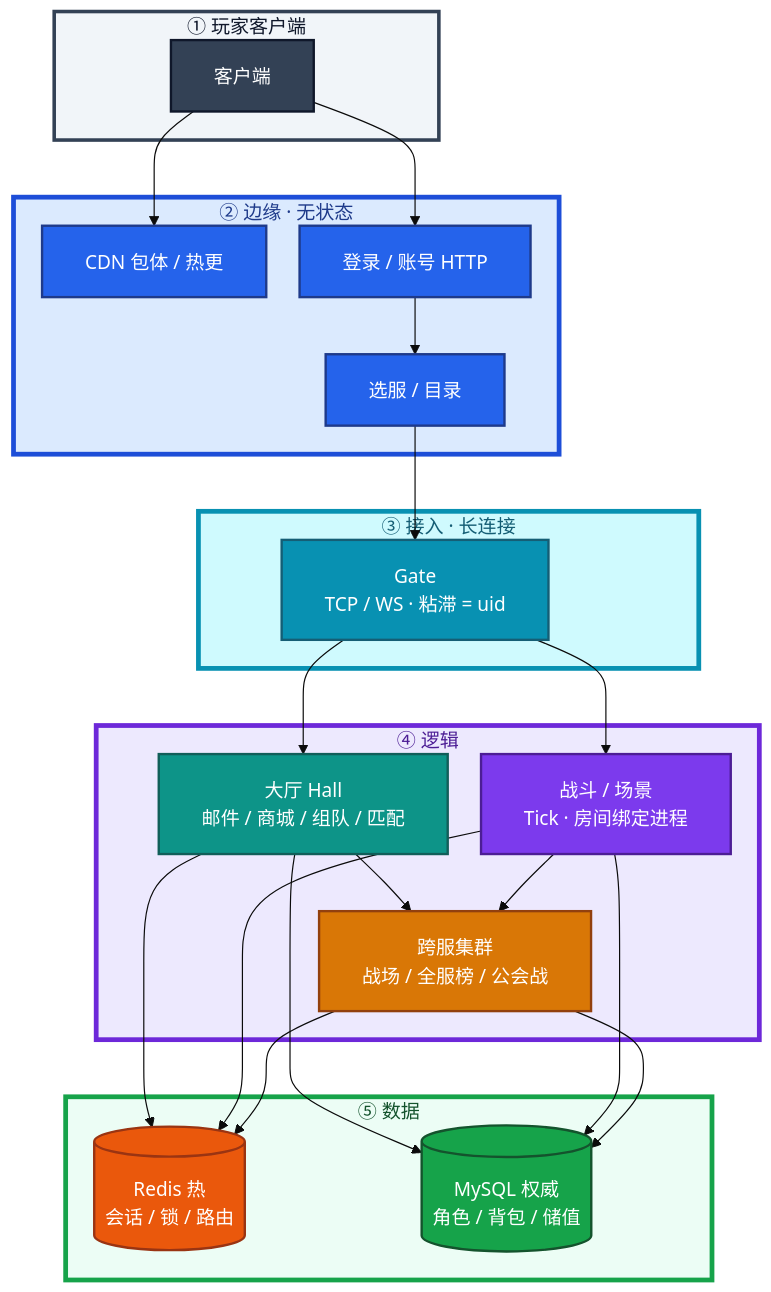
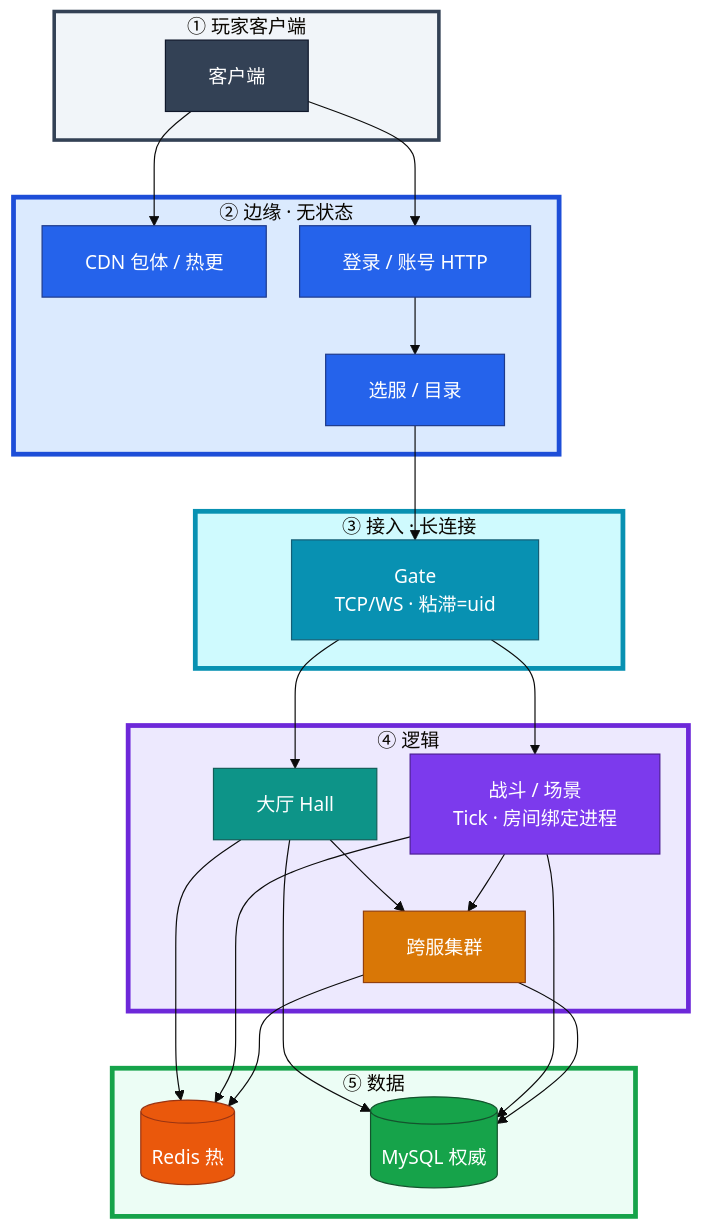
Before and after one commit to ml-cuizijun/LearnToLilith: the second of 5 diagrams in 08-游戏运维专题/01-游戏服务器架构/知识点.md, drawn with Mermaid. The commit also changed other lines of this file and 213 other files, not shown here.

````diff
--- a/08-游戏运维专题/01-游戏服务器架构/知识点.md
+++ b/08-游戏运维专题/01-游戏服务器架构/知识点.md
@@ -86,65 +63,46 @@
 ```mermaid
 %%{init: {"flowchart": {"padding": 18, "nodeSpacing": 28, "rankSpacing": 48}, "theme": "base"}}%%
 flowchart TB
     subgraph client ["① 玩家客户端"]
         p[客户端]
     end
-
     subgraph edge ["② 边缘 · 无状态"]
         cdn[CDN 包体 / 热更]
         login[登录 / 账号 HTTP]
         dir[选服 / 目录]
-        p --> cdn
-        p --> login
+        p --> cdn & login
         login --> dir
     end
-
     subgraph gateL ["③ 接入 · 长连接"]
-        gate["Gate<br/>TCP / WS · 粘滞 = uid"]
+        gate["Gate<br/>TCP/WS · 粘滞=uid"]
         dir --> gate
     end
-
     subgraph logic ["④ 逻辑"]
-        hall["大厅 Hall<br/>邮件 / 商城 / 组队 / 匹配"]
+        hall["大厅 Hall"]
         battle["战斗 / 场景<br/>Tick · 房间绑定进程"]
-        xserver["跨服集群<br/>战场 / 全服榜 / 公会战"]
-        gate --> hall
-        gate --> battle
-        hall --> xserver
-        battle --> xserver
+        xserver["跨服集群"]
+        gate --> hall & battle
+        hall & battle --> xserver
     end
-
     subgraph data ["⑤ 数据"]
-        redis[("Redis 热<br/>会话 / 锁 / 路由")]
-        mysql[("MySQL 权威<br/>角色 / 背包 / 储值")]
-        hall --> redis
-        hall --> mysql
-        battle --> redis
-        battle --> mysql
-        xserver --> redis
-        xserver --> mysql
+        redis[("Redis 热")]
+        mysql[("MySQL 权威")]
+        hall & battle & xserver --> redis & mysql
     end
-
-    classDef client fill:#334155,stroke:#0F172A,stroke-width:2px,color:#fff
-    classDef edge fill:#2563EB,stroke:#1E3A8A,stroke-width:2px,color:#fff
-    classDef gatec fill:#0891B2,stroke:#155E75,stroke-width:2px,color:#fff
-    classDef hallc fill:#0D9488,stroke:#115E59,stroke-width:2px,color:#fff
-    classDef battlec fill:#7C3AED,stroke:#4C1D95,stroke-width:2px,color:#fff
-    classDef xc fill:#D97706,stroke:#92400E,stroke-width:2px,color:#fff
-    classDef redisc fill:#EA580C,stroke:#9A3412,stroke-width:2px,color:#fff
-    classDef mysqlc fill:#16A34A,stroke:#14532D,stroke-width:2px,color:#fff
-    class p client
-    class cdn,login,dir edge
-    class gate gatec
-    class hall hallc
-    class battle battlec
-    class xserver xc
-    class redis redisc
-    class mysql mysqlc
-
-    style client fill:#F1F5F9,stroke:#334155,stroke-width:3px,color:#0F172A
-    style edge fill:#DBEAFE,stroke:#1D4ED8,stroke-width:4px,color:#1E3A8A
-    style gateL fill:#CFFAFE,stroke:#0891B2,stroke-width:4px,color:#155E75
-    style logic fill:#EDE9FE,stroke:#6D28D9,stroke-width:4px,color:#4C1D95
-    style data fill:#ECFDF5,stroke:#16A34A,stroke-width:4px,color:#14532D
+    classDef client fill:#334155,stroke:#0F172A,color:#fff
+    classDef edge fill:#2563EB,stroke:#1E3A8A,color:#fff
+    classDef gatec fill:#0891B2,stroke:#155E75,color:#fff
+    classDef hallc fill:#0D9488,stroke:#115E59,color:#fff
+    classDef battlec fill:#7C3AED,stroke:#4C1D95,color:#fff
+    classDef xc fill:#D97706,stroke:#92400E,color:#fff
+    classDef redisc fill:#EA580C,stroke:#9A3412,color:#fff
+    classDef mysqlc fill:#16A34A,stroke:#14532D,color:#fff
+    class p client; class cdn,login,dir edge; class gate gatec
+    class hall hallc; class battle battlec; class xserver xc
+    class redis redisc; class mysql mysqlc
+    style client fill:#F1F5F9,stroke:#334155,stroke-width:3px
+    style edge fill:#DBEAFE,stroke:#1D4ED8,stroke-width:4px
+    style gateL fill:#CFFAFE,stroke:#0891B2,stroke-width:4px
+    style logic fill:#EDE9FE,stroke:#6D28D9,stroke-width:4px
+    style data fill:#ECFDF5,stroke:#16A34A,stroke-width:4px
 ```
````
